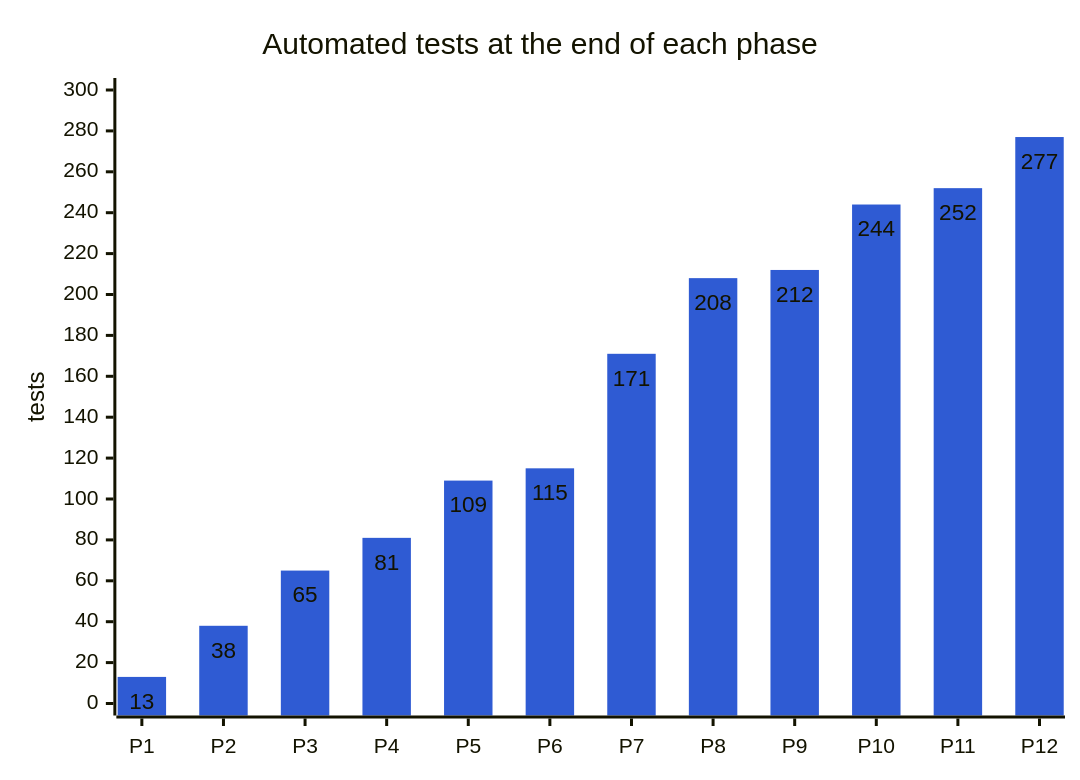
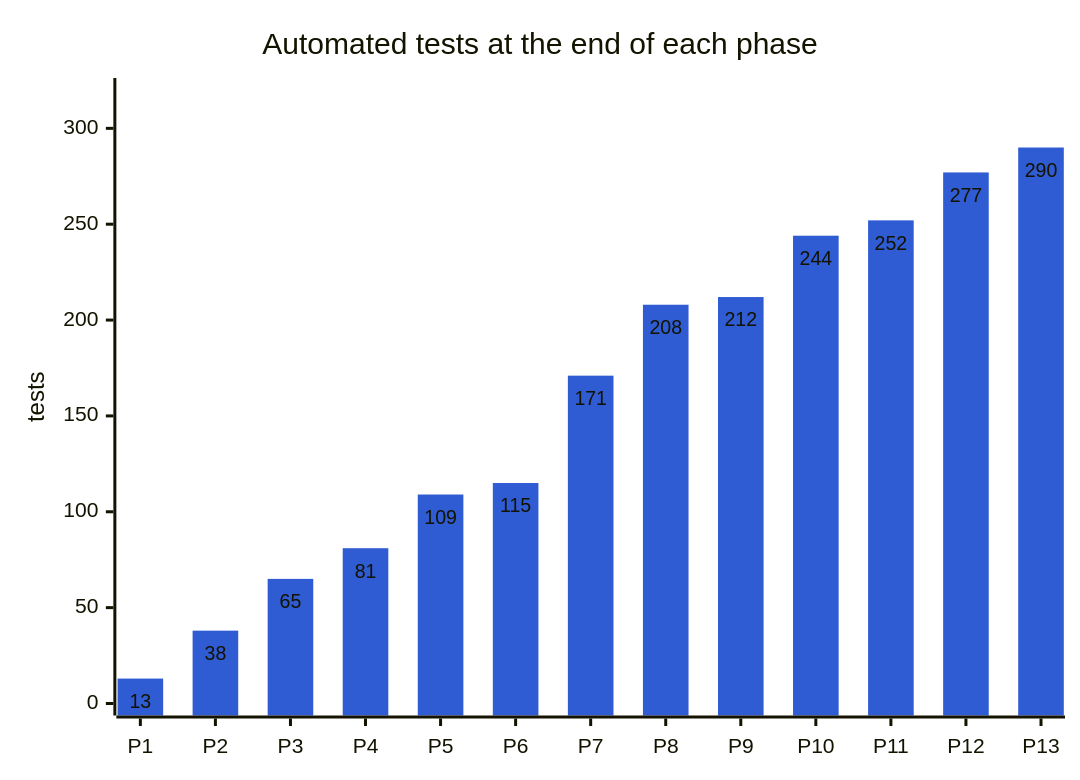
One commit to abdulmdev/sentinel-incident-copilot changed the diagram in docs/handbook/diagrams/14-chart-tests-by-phase.mmd. Above: the diagram before and after it, drawn with Mermaid. The commit also changed 65 other files, not shown here.

```diff
--- a/docs/handbook/diagrams/14-chart-tests-by-phase.mmd
+++ b/docs/handbook/diagrams/14-chart-tests-by-phase.mmd
@@ -1,13 +1,13 @@
 ---
 config:
   xyChart:
     showDataLabel: true
   themeVariables:
     xyChart:
       plotColorPalette: "#2f5bd3"
 ---
 xychart-beta
   title "Automated tests at the end of each phase"
-  x-axis ["P1", "P2", "P3", "P4", "P5", "P6", "P7", "P8", "P9", "P10", "P11", "P12"]
-  y-axis "tests" 0 --> 300
-  bar [13, 38, 65, 81, 109, 115, 171, 208, 212, 244, 252, 277]
+  x-axis ["P1", "P2", "P3", "P4", "P5", "P6", "P7", "P8", "P9", "P10", "P11", "P12", "P13"]
+  y-axis "tests" 0 --> 320
+  bar [13, 38, 65, 81, 109, 115, 171, 208, 212, 244, 252, 277, 290]
```
